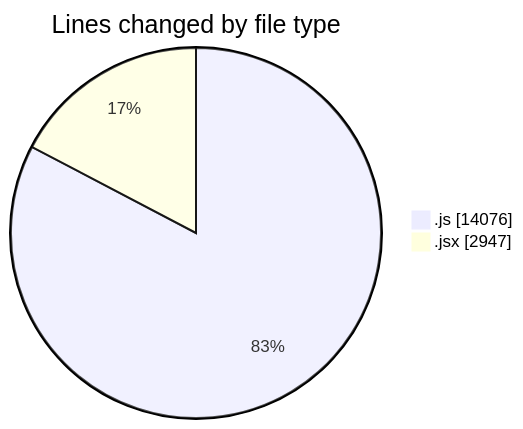
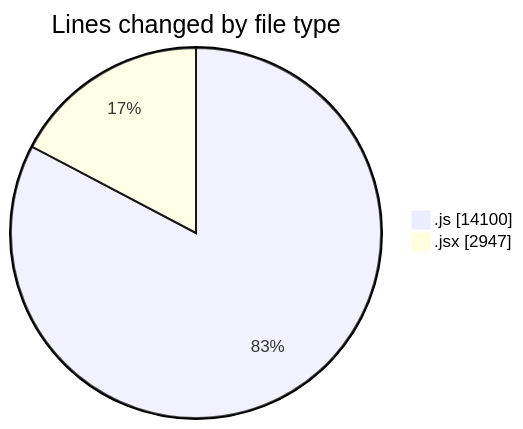
The first of 2 diagrams in 2025-09-26/nxtqube_webapp/README.md (nxtqubesakshisongat/code-tracking), drawn with Mermaid before and after one commit. The commit also changed other lines of this file and 1 other file, not shown here.

````diff
--- a/2025-09-26/nxtqube_webapp/README.md
+++ b/2025-09-26/nxtqube_webapp/README.md
@@ -27,6 +27,6 @@
 ```mermaid
 pie showData
 title Lines changed by file type
-".js" : 14076
+".js" : 14100
 ".jsx" : 2947
 ```
````
